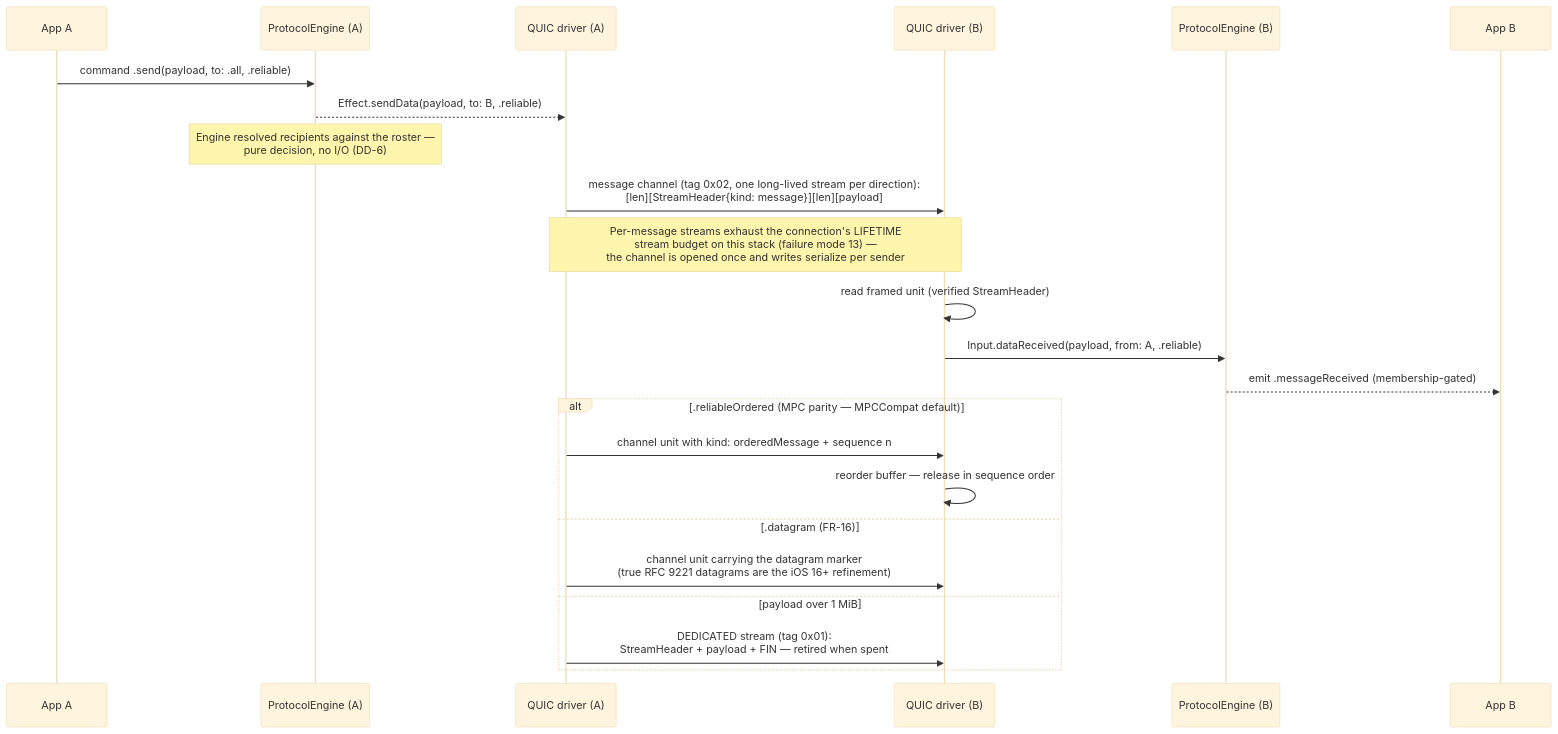
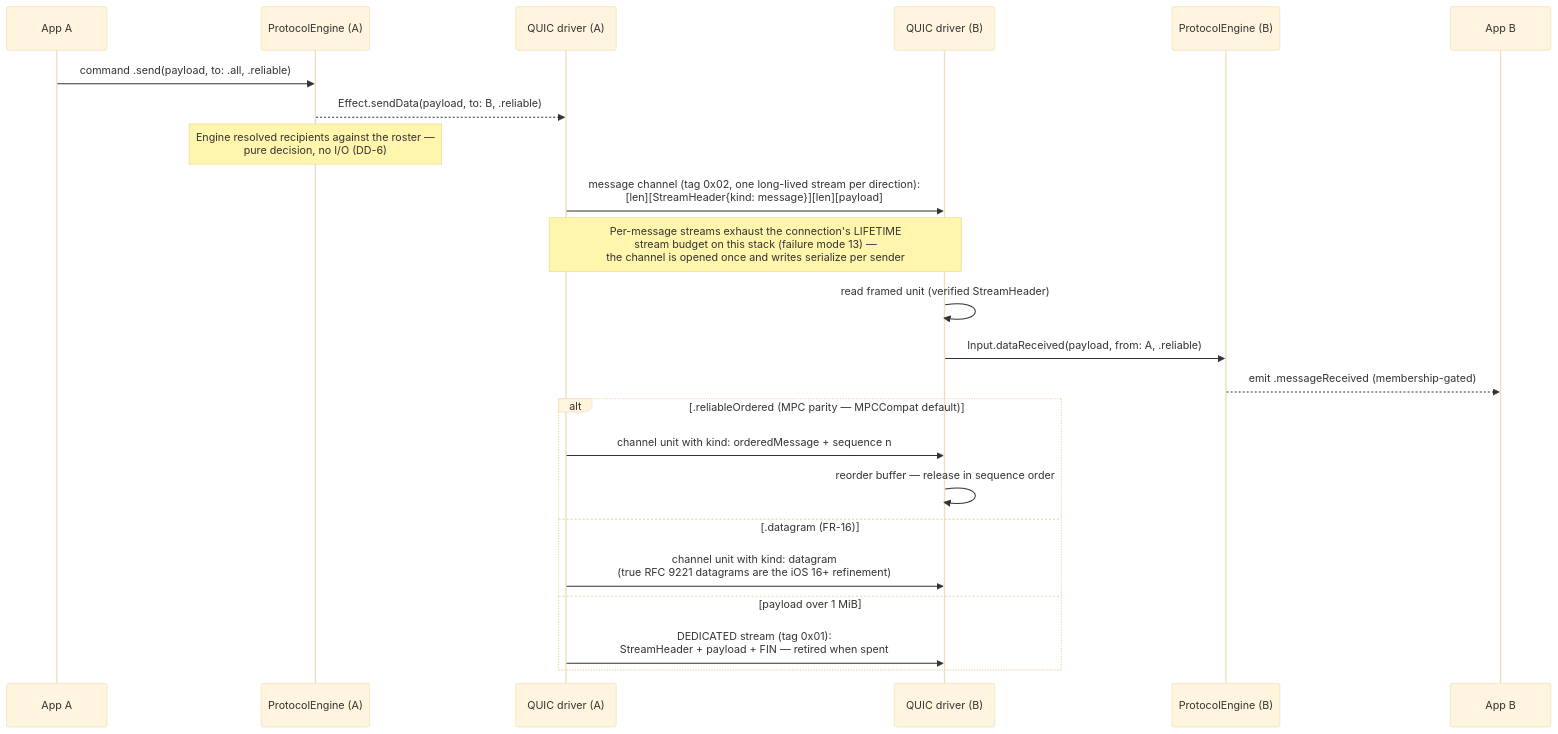
Before and after one commit to security-union/Stormo: the fourth of 8 diagrams in docs/design-mpc-successor.md, drawn with Mermaid (base theme).

Commit message:
Docs: datagram-mode channel units carry StreamKind.Datagram

````diff
--- a/docs/design-mpc-successor.md
+++ b/docs/design-mpc-successor.md
@@ -326,27 +326,27 @@
 ```mermaid
 sequenceDiagram
     participant AppA as App A
     participant EA as ProtocolEngine (A)
     participant DA as QUIC driver (A)
     participant DB as QUIC driver (B)
     participant EB as ProtocolEngine (B)
     participant AppB as App B
 
     AppA->>EA: command .send(payload, to: .all, .reliable)
     EA-->>DA: Effect.sendData(payload, to: B, .reliable)
     Note over EA: Engine resolved recipients against the roster —<br/>pure decision, no I/O (DD-6)
     DA->>DB: message channel (tag 0x02, one long-lived stream per direction):<br/>[len][StreamHeader{kind: message}][len][payload]
     Note over DA,DB: Per-message streams exhaust the connection's LIFETIME<br/>stream budget on this stack (failure mode 13) —<br/>the channel is opened once and writes serialize per sender
     DB->>DB: read framed unit (verified StreamHeader)
     DB->>EB: Input.dataReceived(payload, from: A, .reliable)
     EB-->>AppB: emit .messageReceived (membership-gated)
 
     alt .reliableOrdered (MPC parity — MPCCompat default)
         DA->>DB: channel unit with kind: orderedMessage + sequence n
         DB->>DB: reorder buffer — release in sequence order
     else .datagram (FR-16)
-        DA->>DB: channel unit carrying the datagram marker<br/>(true RFC 9221 datagrams are the iOS 16+ refinement)
+        DA->>DB: channel unit with kind: datagram<br/>(true RFC 9221 datagrams are the iOS 16+ refinement)
     else payload over 1 MiB
         DA->>DB: DEDICATED stream (tag 0x01):<br/>StreamHeader + payload + FIN — retired when spent
     end
 ```
````
